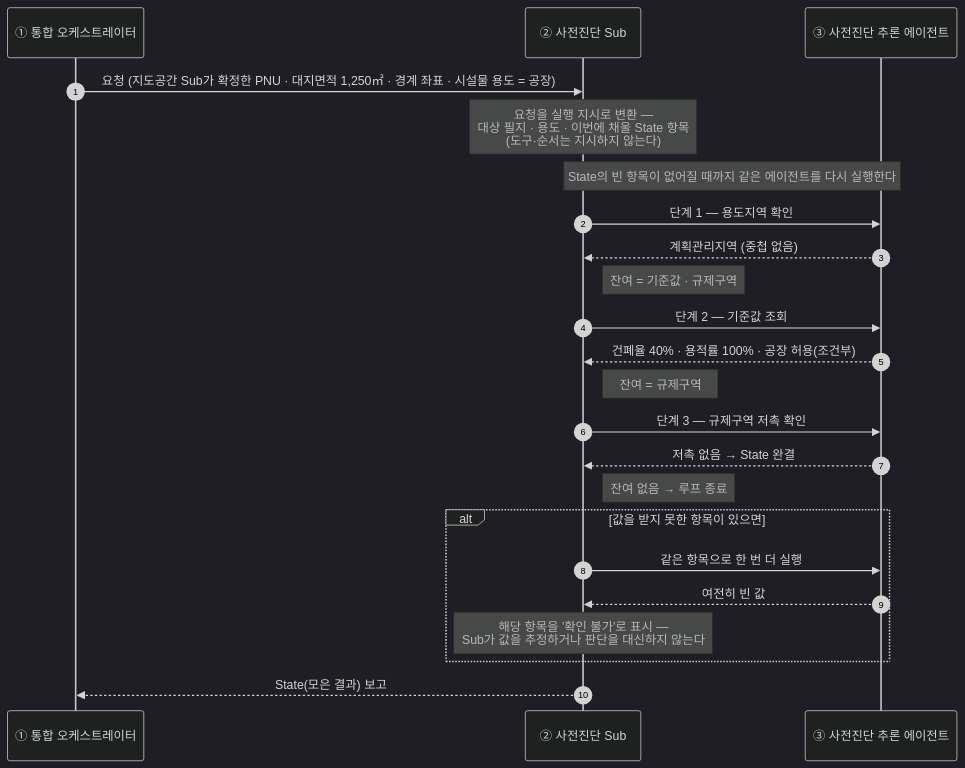
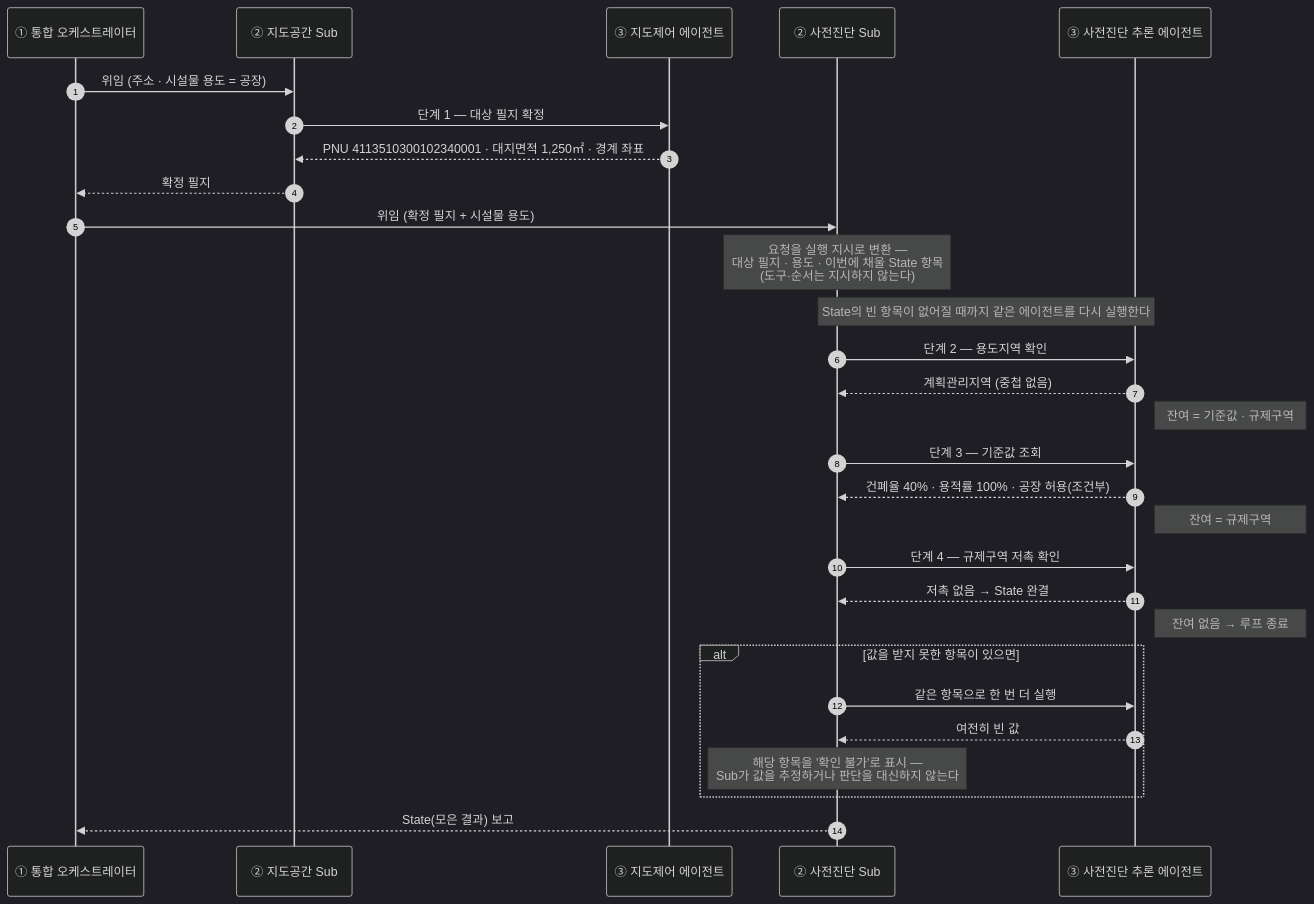
Before and after one commit to madlrengg100/permit-copilot: the ninth of 11 diagrams in docs/MCP-AGENT-SEQUENCE1.md, drawn with Mermaid (dark theme). The commit also changed other lines of this file, not shown here.

First line of the commit message:
docs(MCP-AGENT-SEQUENCE1): 5장을 계층 쌍별 5.1~5.4로 재편하고 지운 내용 복구

````diff
--- a/docs/MCP-AGENT-SEQUENCE1.md
+++ b/docs/MCP-AGENT-SEQUENCE1.md
@@ -514,32 +508,39 @@
 ```mermaid
 sequenceDiagram
     autonumber
     participant IO as ① 통합 오케스트레이터
-    participant SO as ② 사전진단 Sub
-    participant AG as ③ 사전진단 추론 에이전트
+    participant SM as ② 지도공간 Sub
+    participant AM as ③ 지도제어 에이전트
+    participant SD as ② 사전진단 Sub
+    participant AD as ③ 사전진단 추론 에이전트
 
-    IO->>SO: 요청 (지도공간 Sub가 확정한 PNU · 대지면적 1,250㎡ · 경계 좌표 · 시설물 용도 = 공장)
-    Note over SO: 요청을 실행 지시로 변환 —<br/>대상 필지 · 용도 · 이번에 채울 State 항목<br/>(도구·순서는 지시하지 않는다)
+    IO->>SM: 위임 (주소 · 시설물 용도 = 공장)
+    SM->>AM: 단계 1 — 대상 필지 확정
+    AM-->>SM: PNU 4113510300102340001 · 대지면적 1,250㎡ · 경계 좌표
+    SM-->>IO: 확정 필지
 
-    Note over SO,AG: State의 빈 항목이 없어질 때까지 같은 에이전트를 다시 실행한다
+    IO->>SD: 위임 (확정 필지 + 시설물 용도)
+    Note over SD: 요청을 실행 지시로 변환 —<br/>대상 필지 · 용도 · 이번에 채울 State 항목<br/>(도구·순서는 지시하지 않는다)
 
-    SO->>AG: 단계 1 — 용도지역 확인
-    AG-->>SO: 계획관리지역 (중첩 없음)
-    Note right of SO: 잔여 = 기준값 · 규제구역
+    Note over SD,AD: State의 빈 항목이 없어질 때까지 같은 에이전트를 다시 실행한다
 
-    SO->>AG: 단계 2 — 기준값 조회
-    AG-->>SO: 건폐율 40% · 용적률 100% · 공장 허용(조건부)
-    Note right of SO: 잔여 = 규제구역
+    SD->>AD: 단계 2 — 용도지역 확인
+    AD-->>SD: 계획관리지역 (중첩 없음)
+    Note right of AD: 잔여 = 기준값 · 규제구역
 
-    SO->>AG: 단계 3 — 규제구역 저촉 확인
-    AG-->>SO: 저촉 없음 → State 완결
-    Note right of SO: 잔여 없음 → 루프 종료
+    SD->>AD: 단계 3 — 기준값 조회
+    AD-->>SD: 건폐율 40% · 용적률 100% · 공장 허용(조건부)
+    Note right of AD: 잔여 = 규제구역
+
+    SD->>AD: 단계 4 — 규제구역 저촉 확인
+    AD-->>SD: 저촉 없음 → State 완결
+    Note right of AD: 잔여 없음 → 루프 종료
 
     alt 값을 받지 못한 항목이 있으면
-        SO->>AG: 같은 항목으로 한 번 더 실행
-        AG-->>SO: 여전히 빈 값
-        Note over SO: 해당 항목을 '확인 불가'로 표시 —<br/>Sub가 값을 추정하거나 판단을 대신하지 않는다
+        SD->>AD: 같은 항목으로 한 번 더 실행
+        AD-->>SD: 여전히 빈 값
+        Note over SD: 해당 항목을 '확인 불가'로 표시 —<br/>Sub가 값을 추정하거나 판단을 대신하지 않는다
     end
 
-    SO-->>IO: State(모은 결과) 보고
+    SD-->>IO: State(모은 결과) 보고
 ```
````
